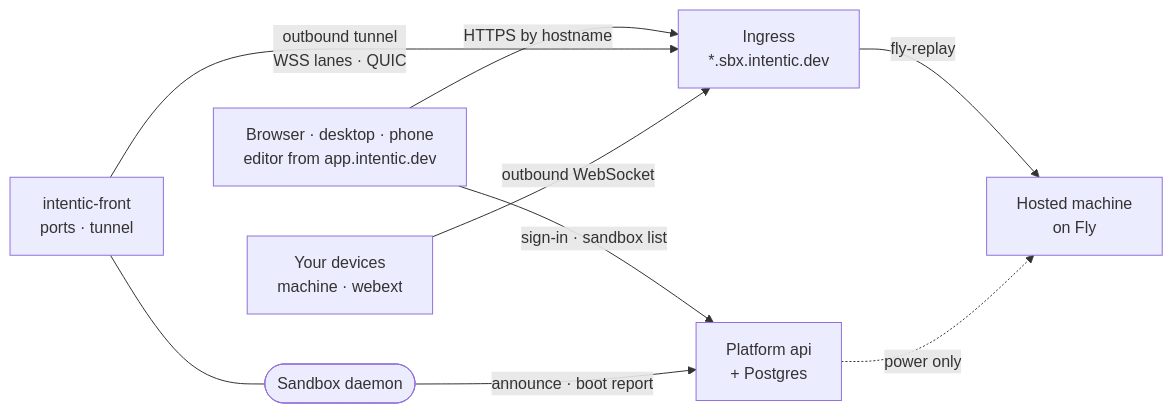
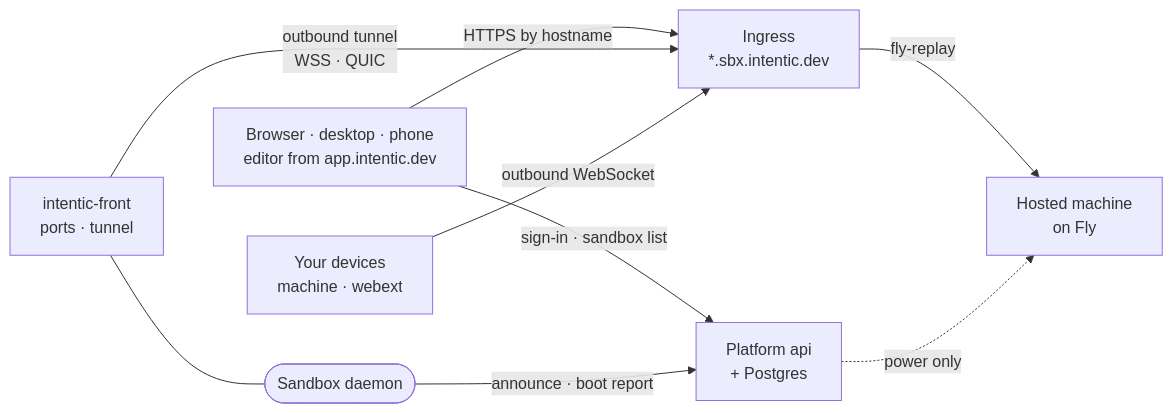
One commit to intentic/intentic changed the diagram in docs/architecture/topology.md. Above: the diagram before and after it, drawn with Mermaid. The commit also changed other lines of this file and 104 other files, not shown here.

First line of the commit message:
feat(sandbox)!: add relay and yamux mux, drop tunnel-lanes and envelope

````diff
--- a/docs/architecture/topology.md
+++ b/docs/architecture/topology.md
@@ -5,18 +5,18 @@
 ```mermaid
 flowchart LR
     browser["Browser · desktop · phone<br/>editor from app.intentic.dev"]
     api["Platform api<br/>+ Postgres"]
     ingress["Ingress<br/>*.sbx.intentic.dev"]
     front["intentic-front<br/>ports · tunnel"]
     daemon(["Sandbox daemon"])
     device["Your devices<br/>machine · webext"]
     fly["Hosted machine<br/>on Fly"]
     browser -->|"sign-in · sandbox list"| api
     browser -->|"HTTPS by hostname"| ingress
-    front -->|"outbound tunnel<br/>WSS lanes · QUIC"| ingress
+    front -->|"outbound tunnel<br/>WSS · QUIC"| ingress
     front --- daemon
     daemon -->|"announce · boot report"| api
     device -->|"outbound WebSocket"| ingress
     ingress -->|"fly-replay"| fly
     api -.->|"power only"| fly
 ```
````
